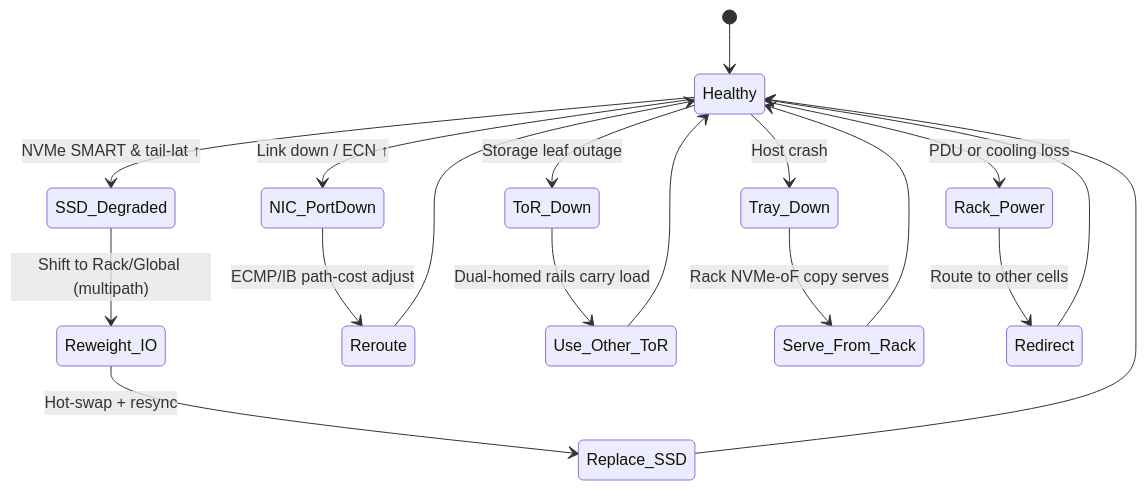
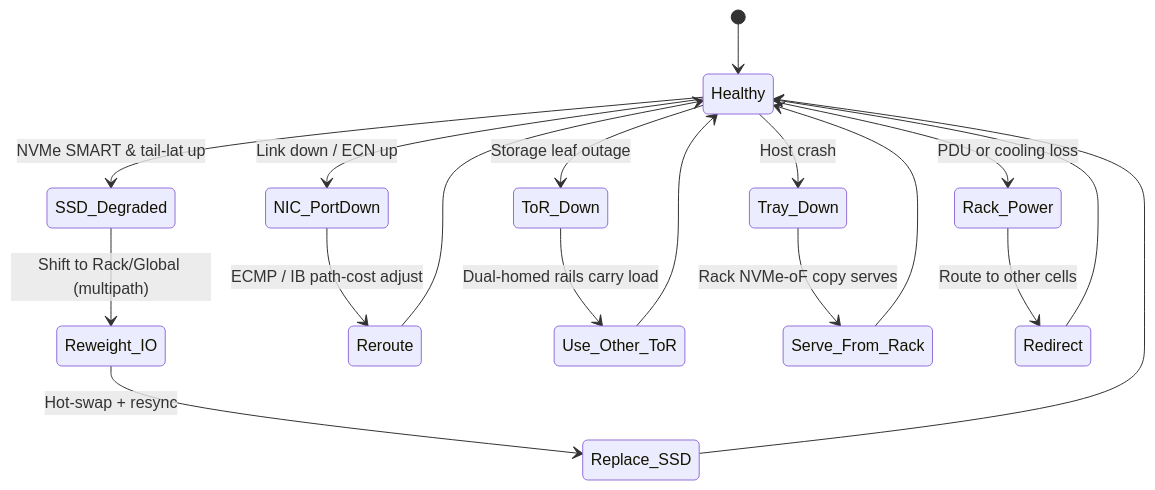
One commit to noelashford/Storage-Solution changed the fifth of 5 diagrams in README.md. Above: the diagram before and after it, drawn with Mermaid. The commit also changed other lines of this file, not shown here.

````diff
--- a/README.md
+++ b/README.md
@@ -214,26 +222,26 @@
 ```mermaid
 stateDiagram-v2
   [*] --> Healthy
 
-  Healthy --> SSD_Degraded: NVMe SMART & tail-lat ↑
-  Healthy --> NIC_PortDown: Link down / ECN ↑
+  Healthy --> SSD_Degraded: NVMe SMART & tail-lat up
+  Healthy --> NIC_PortDown: Link down / ECN up
   Healthy --> ToR_Down: Storage leaf outage
   Healthy --> Tray_Down: Host crash
   Healthy --> Rack_Power: PDU or cooling loss
 
   SSD_Degraded --> Reweight_IO: Shift to Rack/Global (multipath)
   Reweight_IO --> Replace_SSD: Hot-swap + resync
   Replace_SSD --> Healthy
 
-  NIC_PortDown --> Reroute: ECMP/IB path-cost adjust
+  NIC_PortDown --> Reroute: ECMP / IB path-cost adjust
   Reroute --> Healthy
 
   ToR_Down --> Use_Other_ToR: Dual-homed rails carry load
   Use_Other_ToR --> Healthy
 
   Tray_Down --> Serve_From_Rack: Rack NVMe-oF copy serves
   Serve_From_Rack --> Healthy
 
   Rack_Power --> Redirect: Route to other cells
   Redirect --> Healthy
 ```
````
